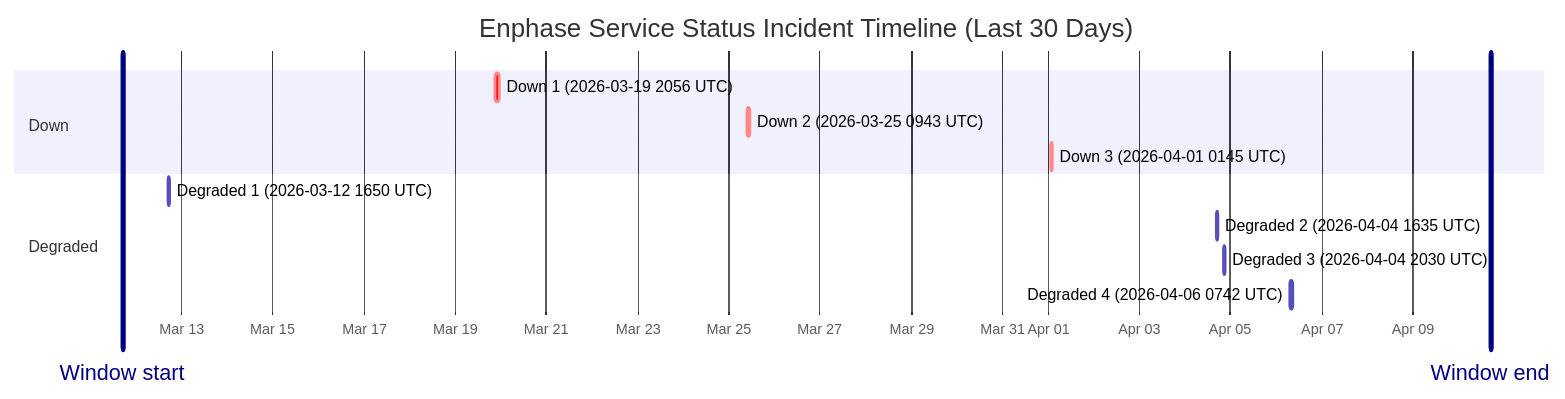
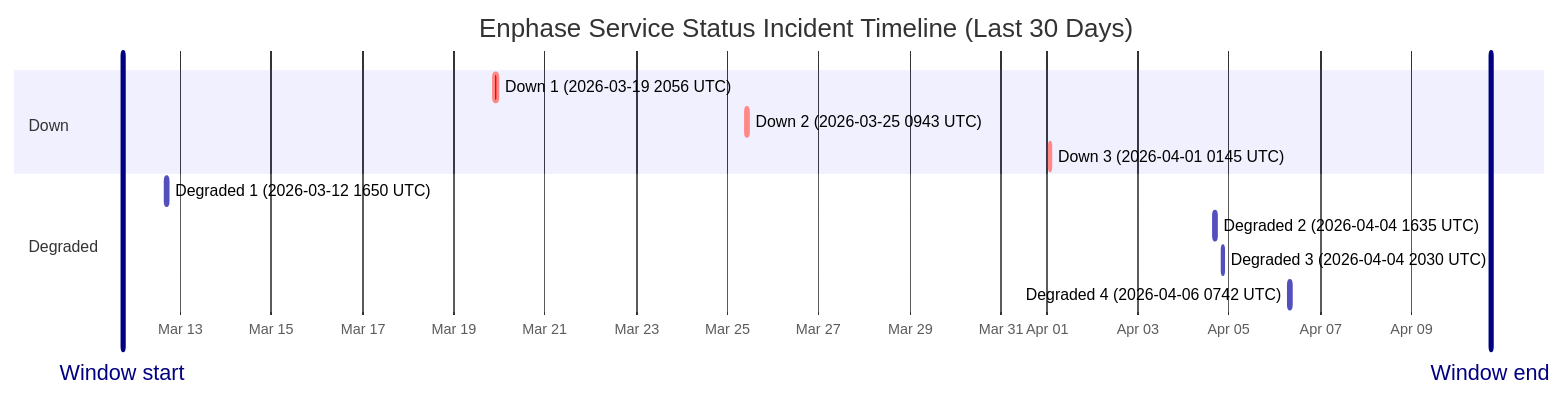
The diagram in wiki/Service-Status-History.md (barneyonline/ha-enphase-ev-charger), drawn with Mermaid before and after one commit. The commit also changed other lines of this file and 3 other files, not shown here.

````diff
--- a/wiki/Service-Status-History.md
+++ b/wiki/Service-Status-History.md
@@ -14,17 +14,17 @@
 ```mermaid
 gantt
     title Enphase Service Status Incident Timeline (Last 30 Days)
     dateFormat  YYYY-MM-DDTHH:mm:ss
     axisFormat  %b %d
-    Window start :vert, window-start, 2026-03-11T16:50:35, 0ms
-    Window end :vert, window-end, 2026-04-10T16:50:35, 0ms
+    Window start :vert, window-start, 2026-03-11T17:46:40, 0ms
+    Window end :vert, window-end, 2026-04-10T17:46:40, 0ms
     section Down
     Down 1 (2026-03-19 2056 UTC) :crit, down-1, 2026-03-19T20:56:20, 145m
     Down 2 (2026-03-25 0943 UTC) :crit, down-2, 2026-03-25T09:43:28, 111m
     Down 3 (2026-04-01 0145 UTC) :crit, down-3, 2026-04-01T01:45:09, 60m
     section Degraded
     Degraded 1 (2026-03-12 1650 UTC) :active, degraded-1, 2026-03-12T16:50:43, 60m
     Degraded 2 (2026-04-04 1635 UTC) :active, degraded-2, 2026-04-04T16:35:17, 60m
     Degraded 3 (2026-04-04 2030 UTC) :active, degraded-3, 2026-04-04T20:30:40, 60m
     Degraded 4 (2026-04-06 0742 UTC) :active, degraded-4, 2026-04-06T07:42:09, 85m
 ```
````
